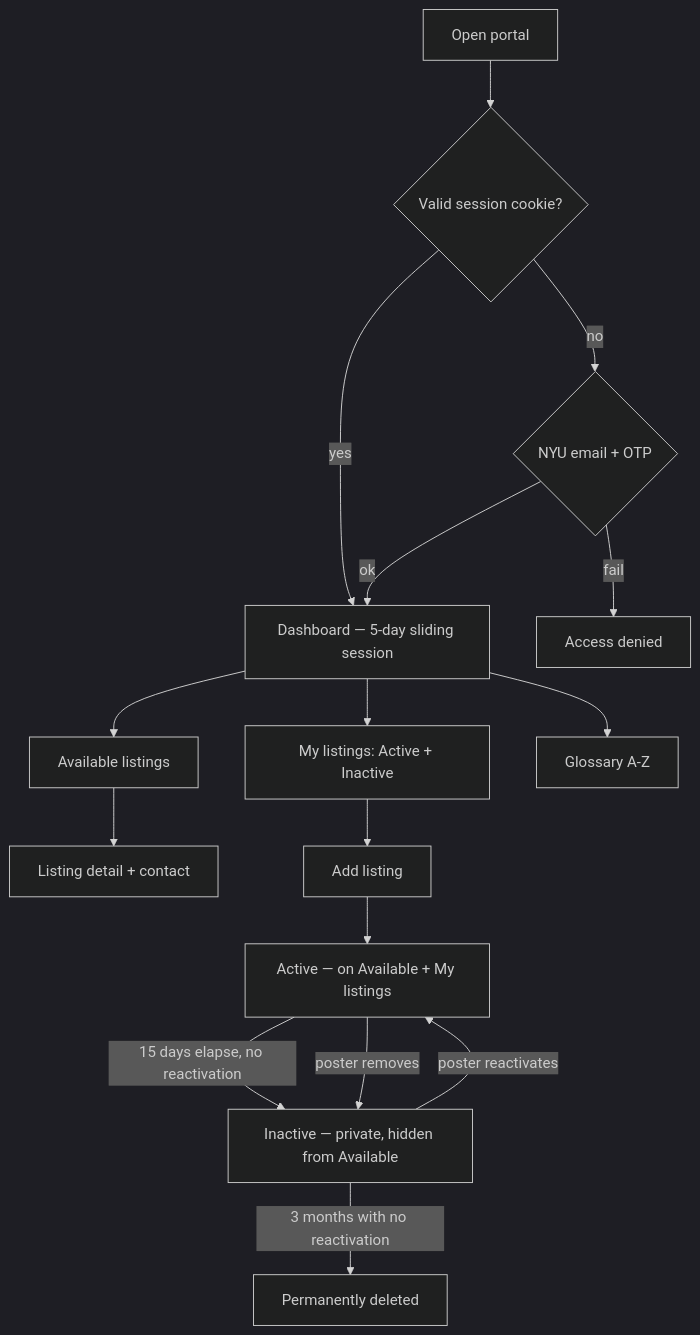
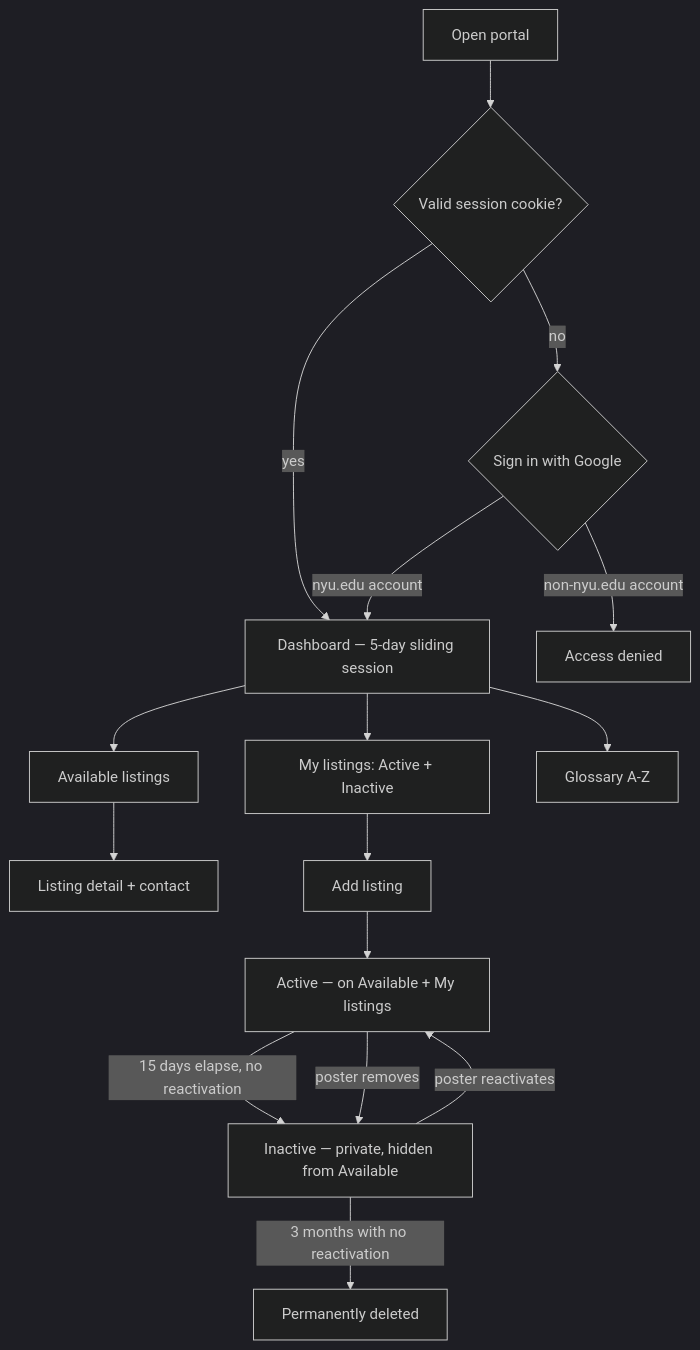
One commit to rishabh0098/nyuoffcampushousing changed the diagram in docs/brainstorms/2026-07-09-nyu-off-campus-housing-portal-requirements.md. Above: the diagram before and after it, drawn with Mermaid (dark theme). The commit also changed other lines of this file and 46 other files, not shown here.

First line of the commit message:
feat: Google OAuth sign-in, dark mode, richer filters, listing editing

````diff
--- a/docs/brainstorms/2026-07-09-nyu-off-campus-housing-portal-requirements.md
+++ b/docs/brainstorms/2026-07-09-nyu-off-campus-housing-portal-requirements.md
@@ -79,18 +79,18 @@
 ```mermaid
 flowchart TB
   Visit[Open portal] --> Session{Valid session cookie?}
   Session -->|yes| Dash
-  Session -->|no| OTP{NYU email + OTP}
-  OTP -->|fail| Reject[Access denied]
-  OTP -->|ok| Dash[Dashboard — 5-day sliding session]
+  Session -->|no| Google{Sign in with Google}
+  Google -->|non-nyu.edu account| Reject[Access denied]
+  Google -->|nyu.edu account| Dash[Dashboard — 5-day sliding session]
   Dash --> Available[Available listings]
   Dash --> Mine[My listings: Active + Inactive]
   Dash --> Glossary[Glossary A-Z]
   Available --> Detail[Listing detail + contact]
   Mine --> Add[Add listing]
   Add --> Active[Active — on Available + My listings]
   Active -->|15 days elapse, no reactivation| Inactive[Inactive — private, hidden from Available]
   Active -->|poster removes| Inactive
   Inactive -->|poster reactivates| Active
   Inactive -->|3 months with no reactivation| Purged[Permanently deleted]
 ```
````
